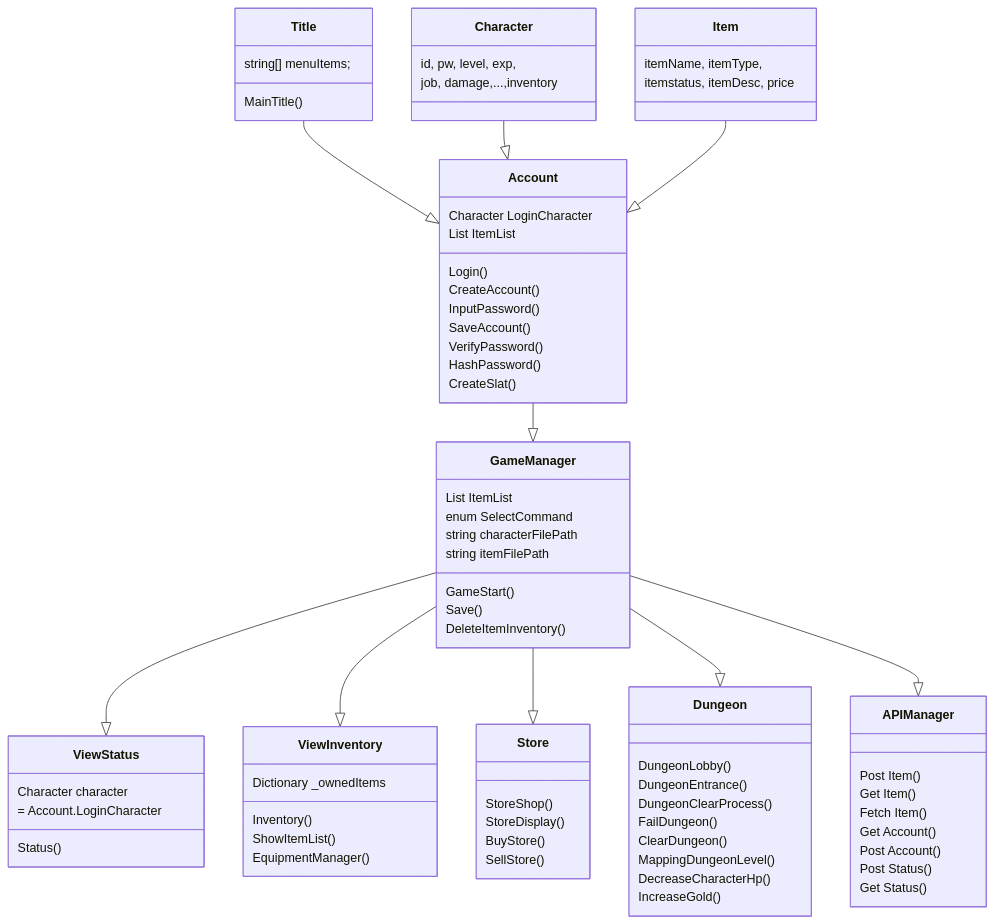
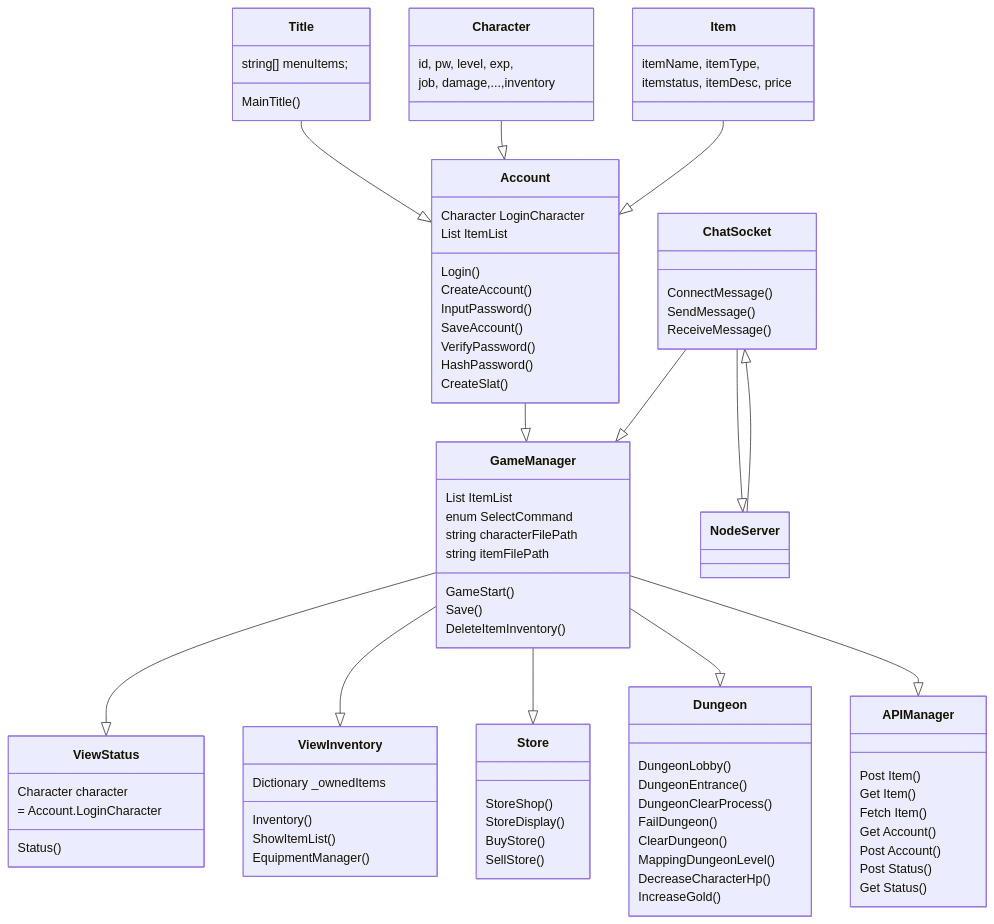
Before and after one commit to jhoon8903/jhoon8903.github.io: the diagram in _posts/2023-11-09-개인과제 프로젝트 1.md, drawn with Mermaid. The commit also changed 2 other files, not shown here.

````diff
--- a/_posts/2023-11-09-개인과제 프로젝트 1.md
+++ b/_posts/2023-11-09-개인과제 프로젝트 1.md
@@ -494,6 +494,9 @@
 GameManager --|> Store
 GameManager --|> Dungeon
 GameManager --|> APIManager
+ChatSocket --|> GameManager
+NodeServer --|> ChatSocket
+ChatSocket --|> NodeServer
 class Title{
 	string[] menuItems;
 	MainTitle()
@@ -562,4 +565,9 @@
 	Post Status()
 	Get Status()
 }
+class ChatSocket{
+	ConnectMessage()
+	SendMessage()
+	ReceiveMessage()
+}
 ```
````
